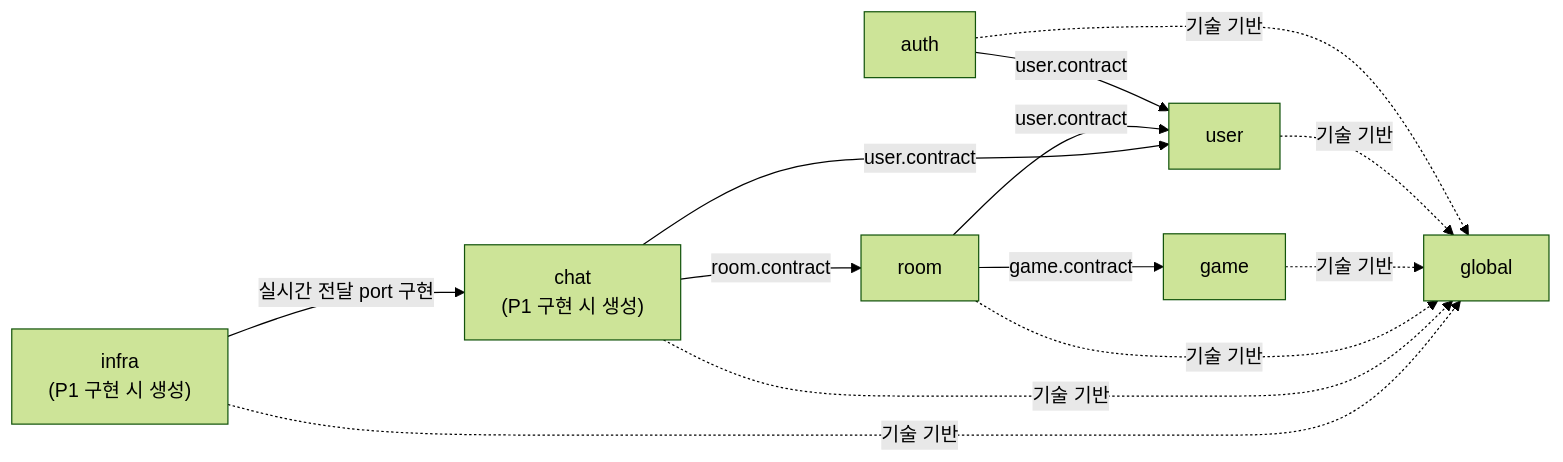
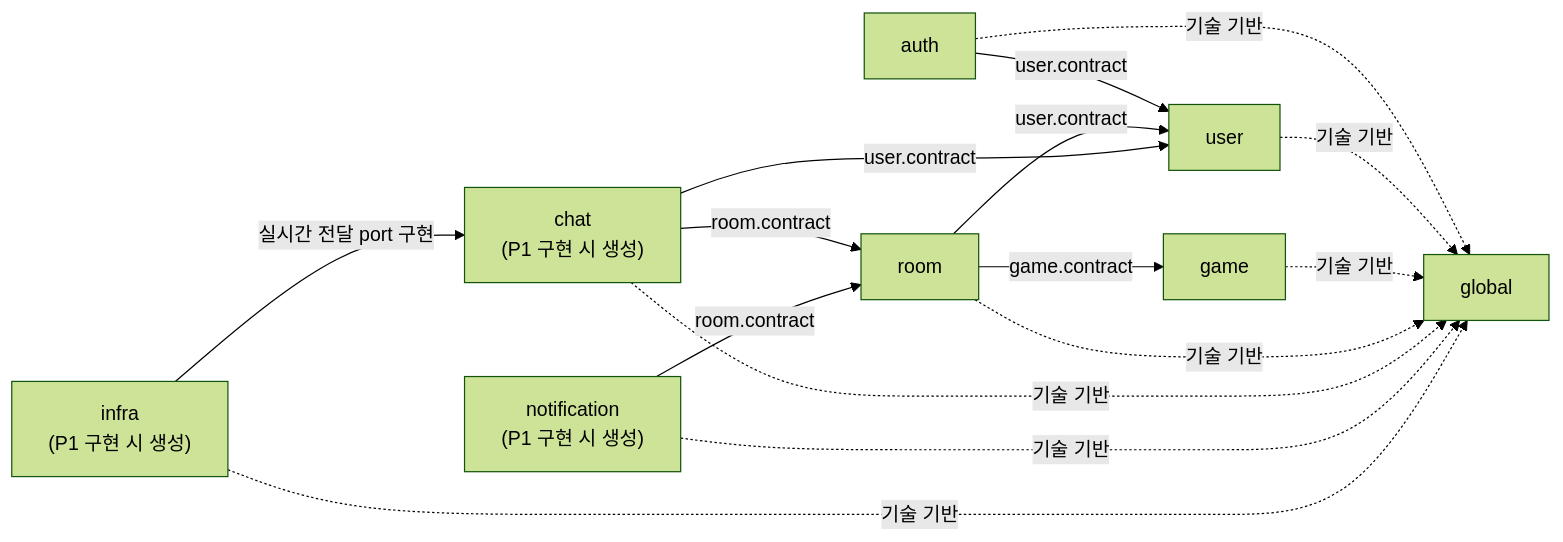
Before and after one commit to bamsongi-club/albam-mate: the first of 5 diagrams in docs/ARCHITECTURE.md, drawn with Mermaid (forest theme). The commit also changed other lines of this file and 18 other files, not shown here.

````diff
--- a/docs/ARCHITECTURE.md
+++ b/docs/ARCHITECTURE.md
@@ -50,16 +50,18 @@
 ```mermaid
 flowchart LR
     auth["auth"] -->|"user.contract"| user["user"]
     room["room"] -->|"user.contract"| user
     room -->|"game.contract"| game["game"]
     chat["chat<br/>(P1 구현 시 생성)"] -->|"room.contract"| room
     chat -->|"user.contract"| user
+    notification["notification<br/>(P1 구현 시 생성)"] -->|"room.contract"| room
 
     auth -.->|"기술 기반"| global["global"]
     user -.->|"기술 기반"| global
     game -.->|"기술 기반"| global
     room -.->|"기술 기반"| global
     chat -.->|"기술 기반"| global
+    notification -.->|"기술 기반"| global
     infra["infra<br/>(P1 구현 시 생성)"] -.->|"기술 기반"| global
     infra -->|"실시간 전달 port 구현"| chat
 ```
````
